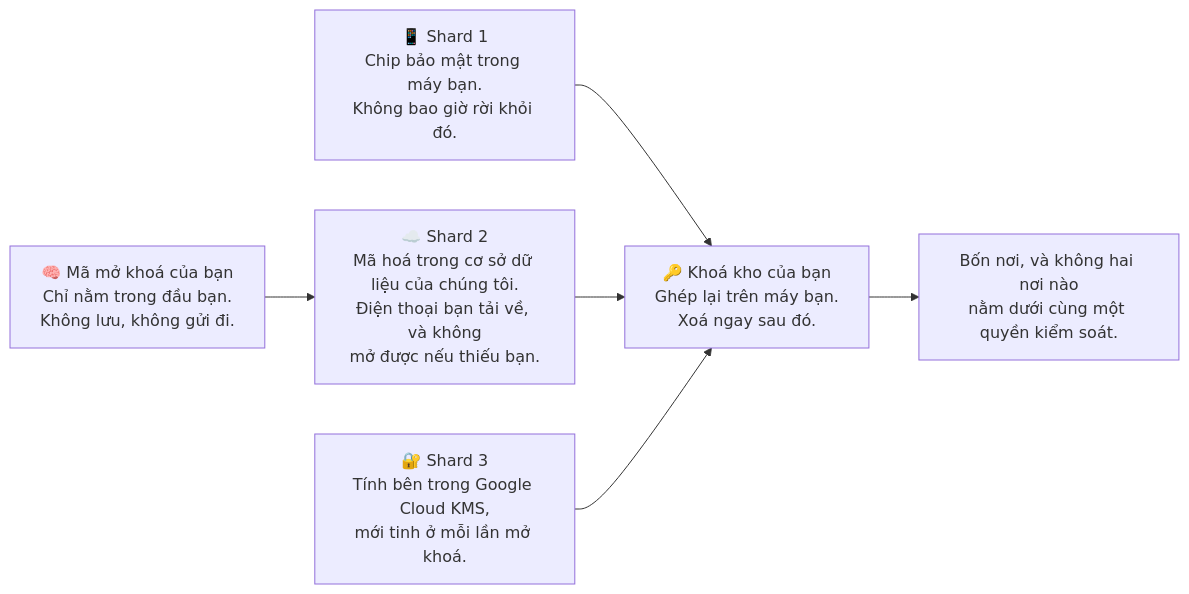
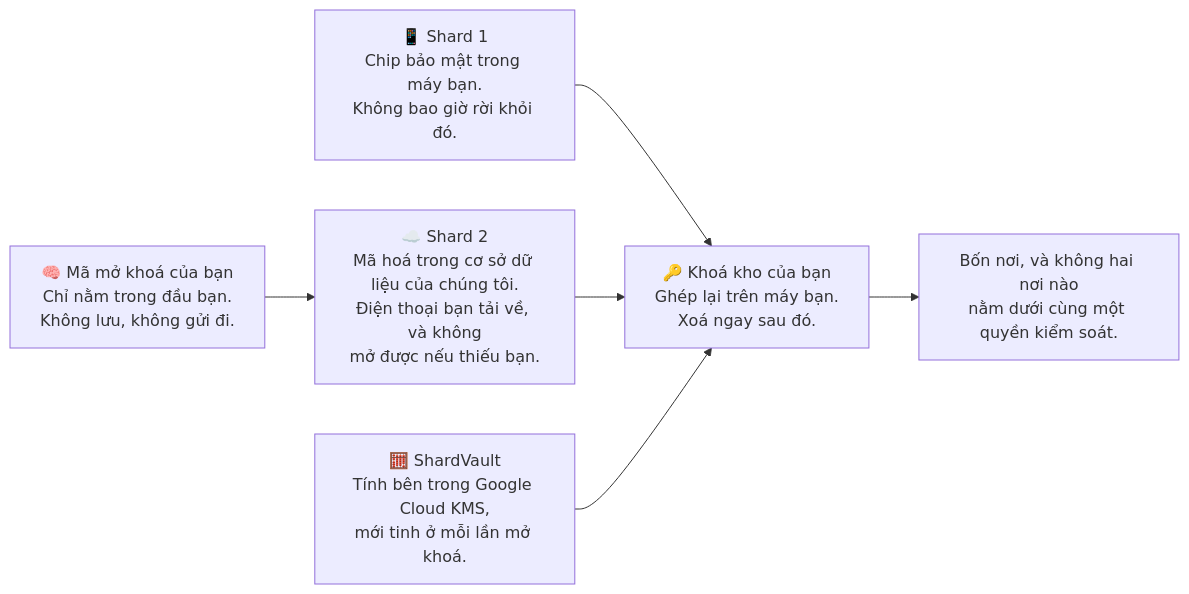
Before and after one commit to TuPhung369/passwordepic-website: the first of 4 diagrams in i18n/vi/docusaurus-plugin-content-docs/current/how-it-works.md, drawn with Mermaid. The commit also changed 6 other files, not shown here.

````diff
--- a/i18n/vi/docusaurus-plugin-content-docs/current/how-it-works.md
+++ b/i18n/vi/docusaurus-plugin-content-docs/current/how-it-works.md
@@ -22,10 +22,10 @@
 ```mermaid
 flowchart LR
   P["🧠 Mã mở khoá của bạn<br/>Chỉ nằm trong đầu bạn.<br/>Không lưu, không gửi đi."] --> S2
   S2["☁️ Shard 2<br/>Mã hoá trong cơ sở dữ liệu của chúng tôi.<br/>Điện thoại bạn tải về, và không<br/>mở được nếu thiếu bạn."]
   S1["📱 Shard 1<br/>Chip bảo mật trong máy bạn.<br/>Không bao giờ rời khỏi đó."] --> KEY
   S2 --> KEY
-  S3["🔐 Shard 3<br/>Tính bên trong Google Cloud KMS,<br/>mới tinh ở mỗi lần mở khoá."] --> KEY
+  S3["🧮 ShardVault<br/>Tính bên trong Google Cloud KMS,<br/>mới tinh ở mỗi lần mở khoá."] --> KEY
   KEY["🔑 Khoá kho của bạn<br/>Ghép lại trên máy bạn.<br/>Xoá ngay sau đó."]
   KEY --> N["Bốn nơi, và không hai nơi nào<br/>nằm dưới cùng một quyền kiểm soát."]
 ```
````
